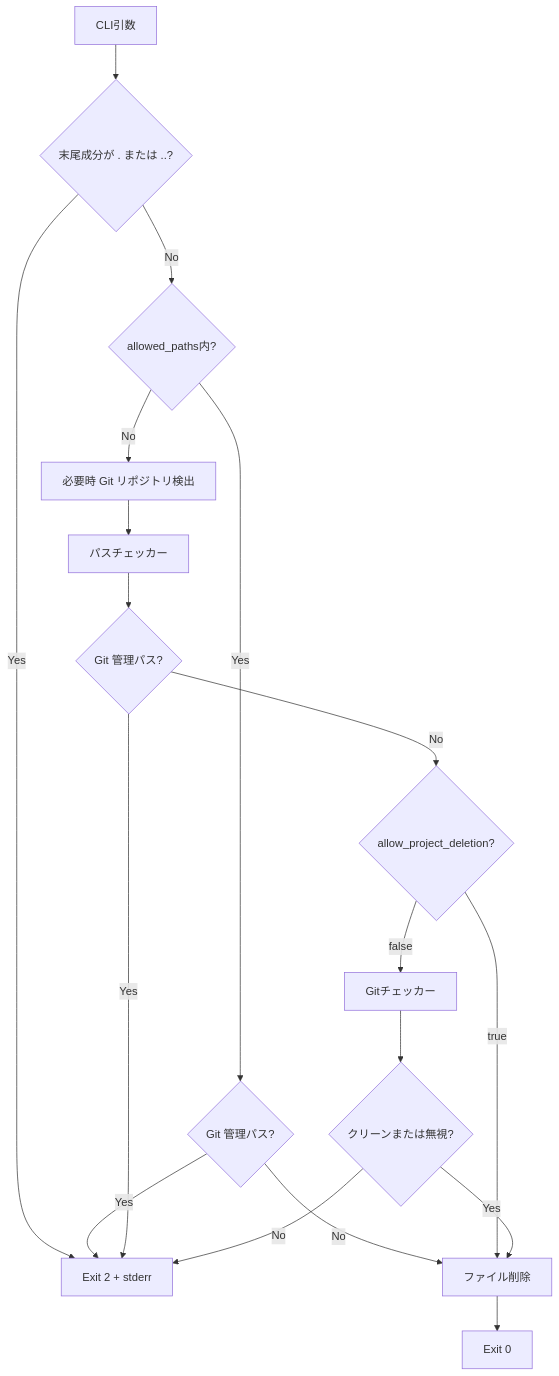
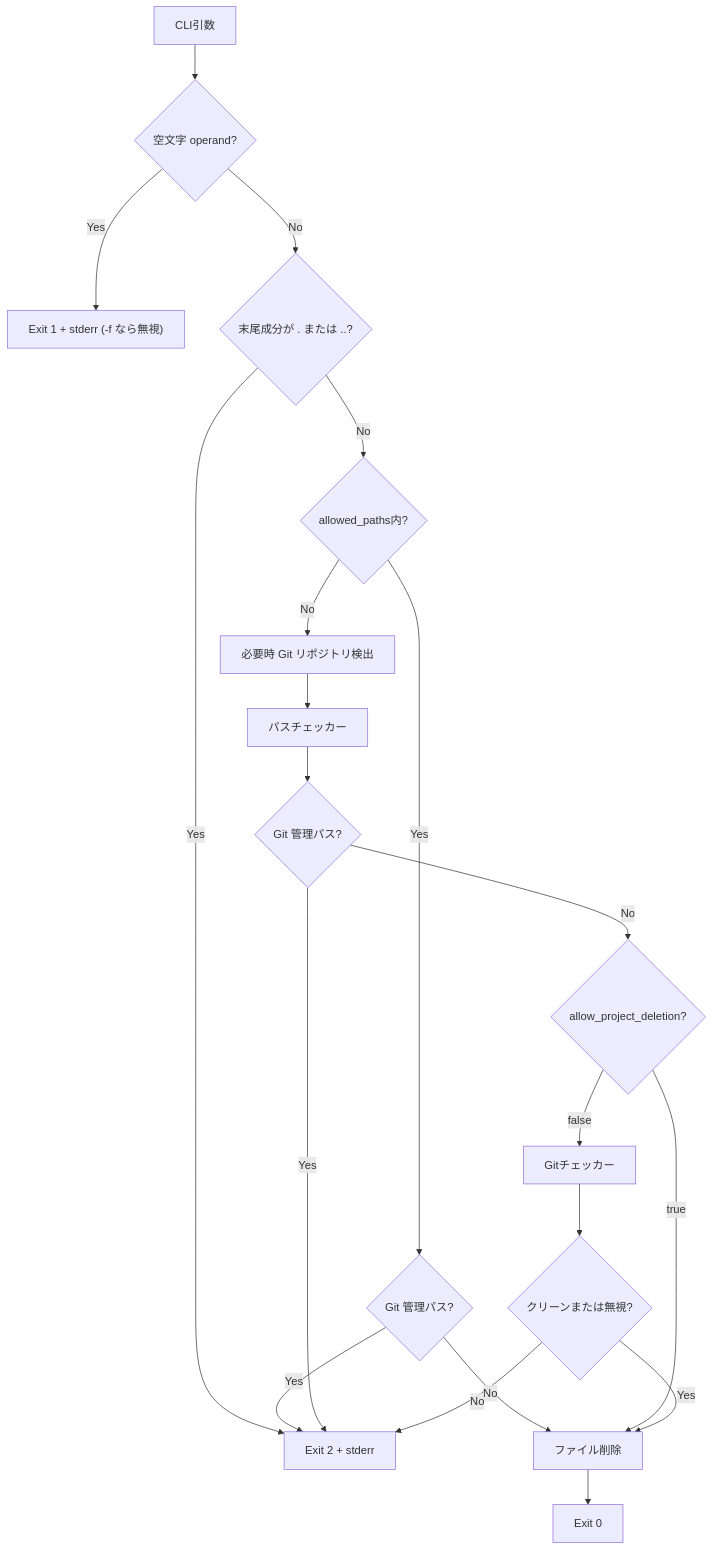
One commit to owayo/safe-rm changed the first of 3 diagrams in README.ja.md. Above: the diagram before and after it, drawn with Mermaid. The commit also changed other lines of this file and 8 other files, not shown here.

````diff
--- a/README.ja.md
+++ b/README.ja.md
@@ -185,20 +186,22 @@
 ```mermaid
 flowchart TB
-    CLI[CLI引数] --> DotCheck{末尾成分が . または ..?}
+    CLI[CLI引数] --> EmptyCheck{空文字 operand?}
+    EmptyCheck -->|Yes| Exit1["Exit 1 + stderr (-f なら無視)"]
+    EmptyCheck -->|No| DotCheck{末尾成分が . または ..?}
     DotCheck -->|Yes| Exit2[Exit 2 + stderr]
     DotCheck -->|No| ConfigCheck{allowed_paths内?}
     ConfigCheck -->|Yes| AllowedGitMetaCheck{Git 管理パス?}
     AllowedGitMetaCheck -->|Yes| Exit2
     AllowedGitMetaCheck -->|No| Delete[ファイル削除]
     ConfigCheck -->|No| GitOpen[必要時 Git リポジトリ検出]
     GitOpen --> PathCheck[パスチェッカー]
     PathCheck --> GitMetaCheck{Git 管理パス?}
     GitMetaCheck -->|Yes| Exit2
     GitMetaCheck -->|No| ProjectCheck{allow_project_deletion?}
     ProjectCheck -->|true| Delete
     ProjectCheck -->|false| GitCheck[Gitチェッカー]
     GitCheck --> Result{クリーンまたは無視?}
     Result -->|Yes| Delete
     Result -->|No| Exit2
     Delete --> Exit0[Exit 0]
 ```
````
